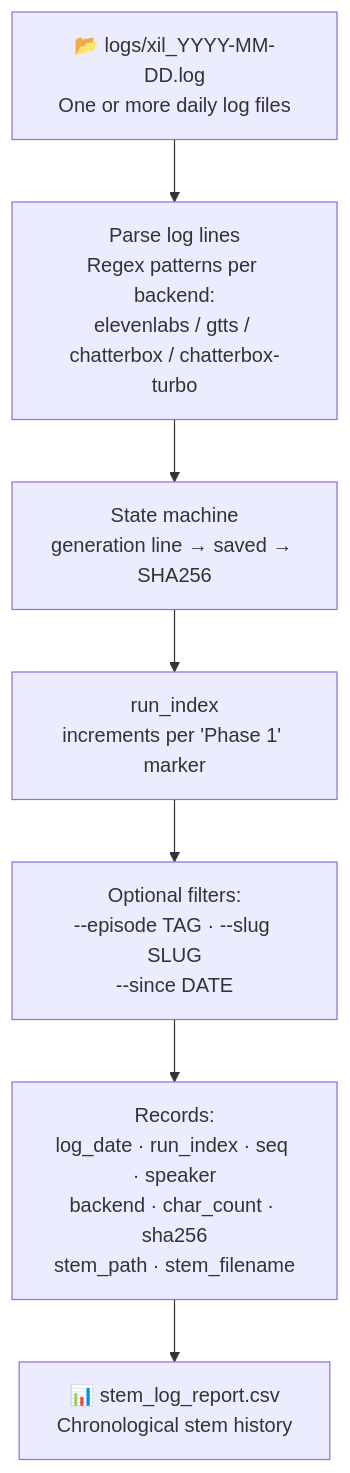
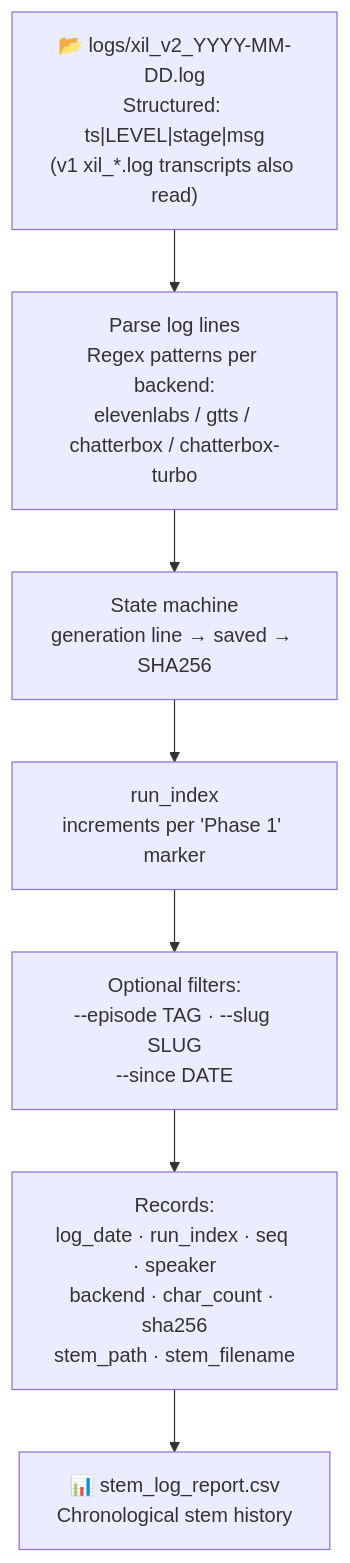
One commit to xilcmd/xil-pipeline changed diagram 16 of 33 in docs/pipeline.md. Above: the diagram before and after it, drawn with Mermaid. The commit also changed 8 other files, not shown here.

````diff
--- a/docs/pipeline.md
+++ b/docs/pipeline.md
@@ -1123,23 +1123,24 @@
 ```mermaid
 flowchart TD
-    LOGS["`📂 logs/xil_YYYY-MM-DD.log
-    One or more daily log files`"]
+    LOGS["`📂 logs/xil_v2_YYYY-MM-DD.log
+    Structured: ts|LEVEL|stage|msg
+    (v1 xil_*.log transcripts also read)`"]
     PARSE["`Parse log lines
     Regex patterns per backend:
     elevenlabs / gtts / chatterbox / chatterbox-turbo`"]
     STATE["`State machine
     generation line → saved → SHA256`"]
     RUNIDX["`run_index
     increments per 'Phase 1' marker`"]
     FILTER["`Optional filters:
     --episode TAG · --slug SLUG
     --since DATE`"]
     RECORDS["`Records:
     log_date · run_index · seq · speaker
     backend · char_count · sha256
     stem_path · stem_filename`"]
     CSV["`📊 stem_log_report.csv
     Chronological stem history`"]
 
     LOGS --> PARSE --> STATE --> RUNIDX --> FILTER --> RECORDS --> CSV
 ```
````
